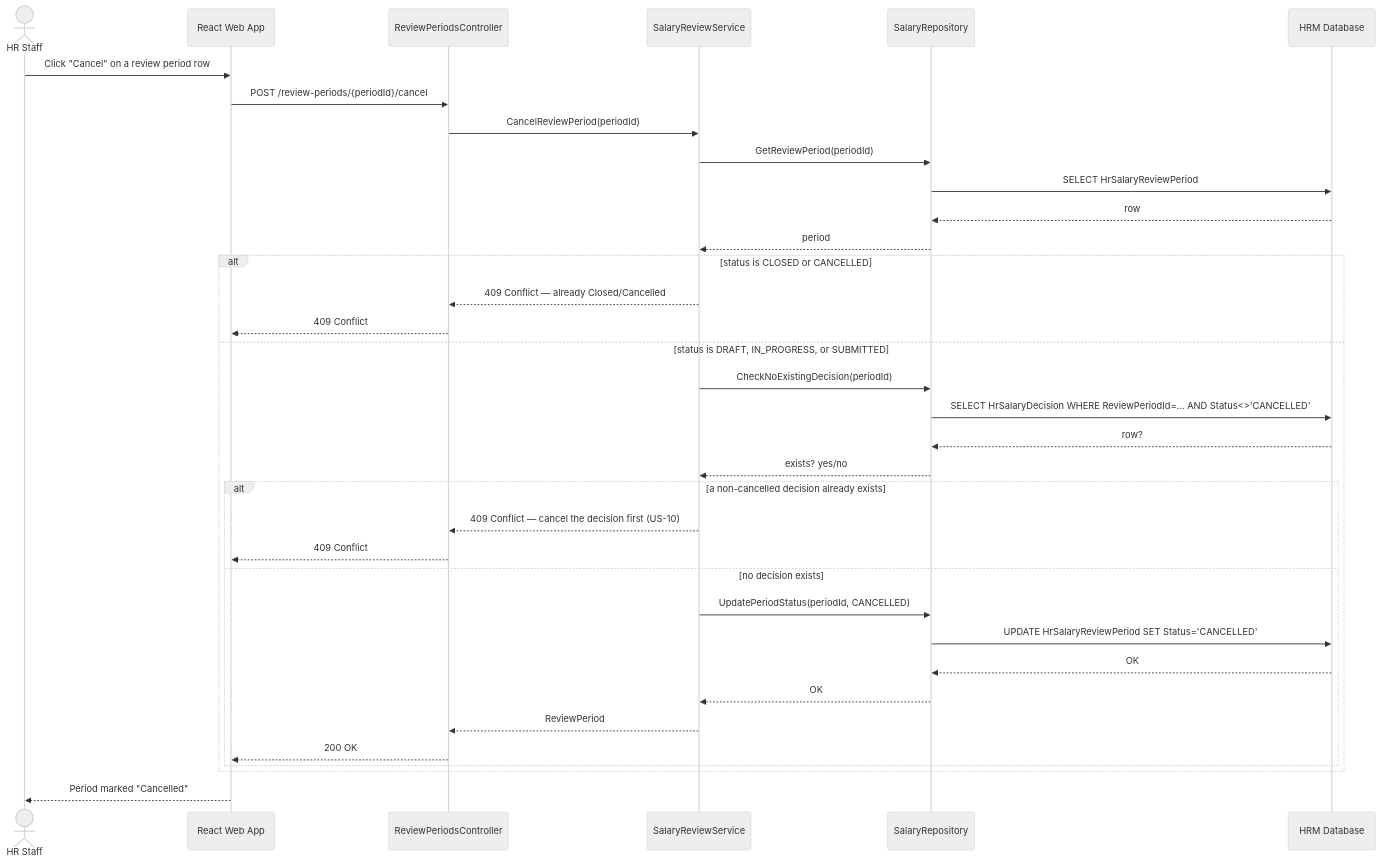
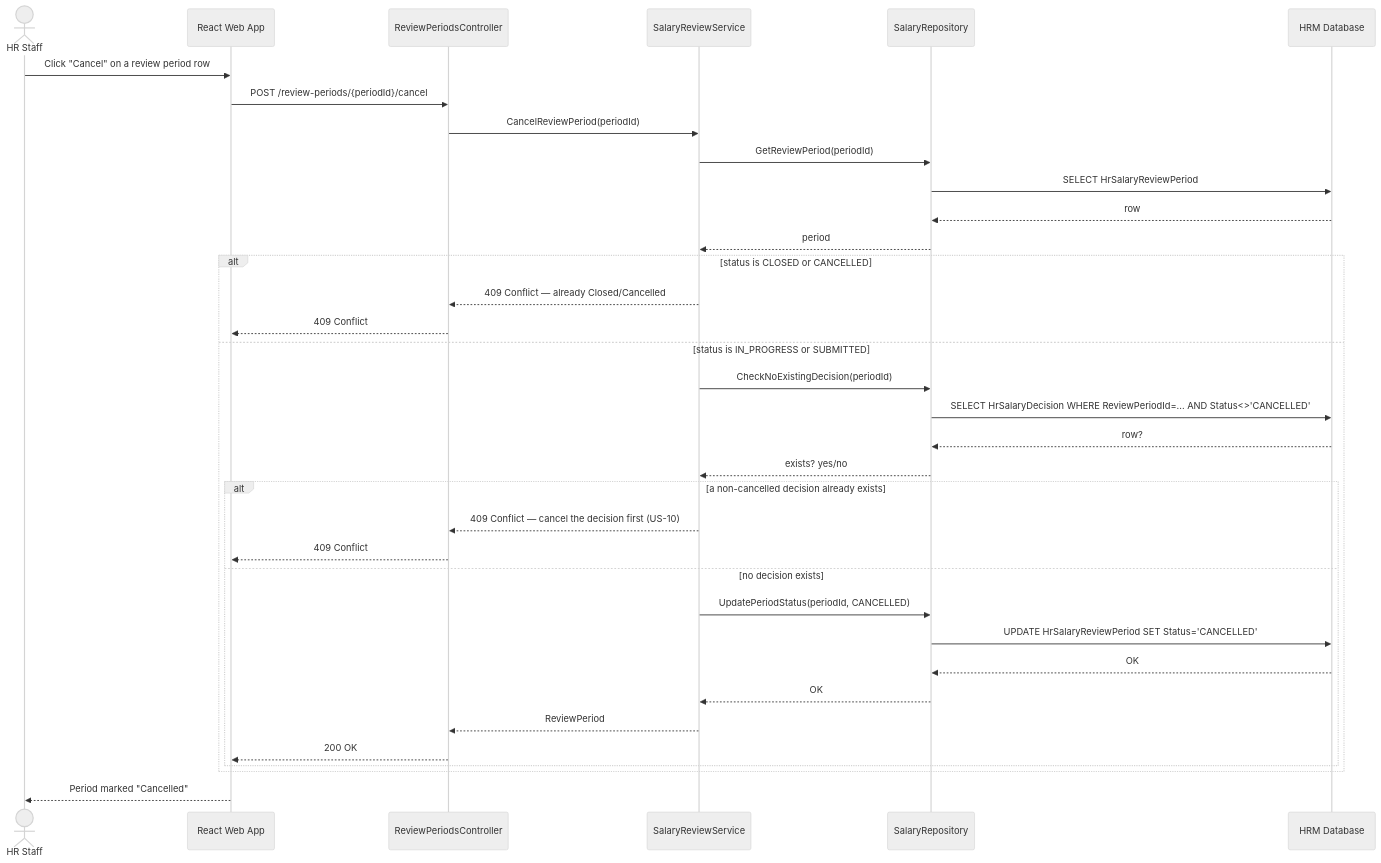
Before and after one commit to sang2197/QuanLyNhanSu-NguyenVanSang: the sixth of 7 diagrams in Docs/DetailedDesign/SequenceDiagrams.md, drawn with Mermaid (neutral theme). The commit also changed other lines of this file and 20 other files, not shown here.

````diff
--- a/Docs/DetailedDesign/SequenceDiagrams.md
+++ b/Docs/DetailedDesign/SequenceDiagrams.md
@@ -228,38 +230,38 @@
 ```mermaid
 sequenceDiagram
     actor HR as HR Staff
     participant FE as React Web App
     participant API as ReviewPeriodsController
     participant SVC as SalaryReviewService
     participant REPO as SalaryRepository
     participant DB as HRM Database
 
     HR->>FE: Click "Cancel" on a review period row
     FE->>API: POST /review-periods/{periodId}/cancel
     API->>SVC: CancelReviewPeriod(periodId)
     SVC->>REPO: GetReviewPeriod(periodId)
     REPO->>DB: SELECT HrSalaryReviewPeriod
     DB-->>REPO: row
     REPO-->>SVC: period
     alt status is CLOSED or CANCELLED
         SVC-->>API: 409 Conflict — already Closed/Cancelled
         API-->>FE: 409 Conflict
-    else status is DRAFT, IN_PROGRESS, or SUBMITTED
+    else status is IN_PROGRESS or SUBMITTED
         SVC->>REPO: CheckNoExistingDecision(periodId)
         REPO->>DB: SELECT HrSalaryDecision WHERE ReviewPeriodId=... AND Status<>'CANCELLED'
         DB-->>REPO: row?
         REPO-->>SVC: exists? yes/no
         alt a non-cancelled decision already exists
             SVC-->>API: 409 Conflict — cancel the decision first (US-10)
             API-->>FE: 409 Conflict
         else no decision exists
             SVC->>REPO: UpdatePeriodStatus(periodId, CANCELLED)
             REPO->>DB: UPDATE HrSalaryReviewPeriod SET Status='CANCELLED'
             DB-->>REPO: OK
             REPO-->>SVC: OK
             SVC-->>API: ReviewPeriod
             API-->>FE: 200 OK
         end
     end
     FE-->>HR: Period marked "Cancelled"
 ```
````
